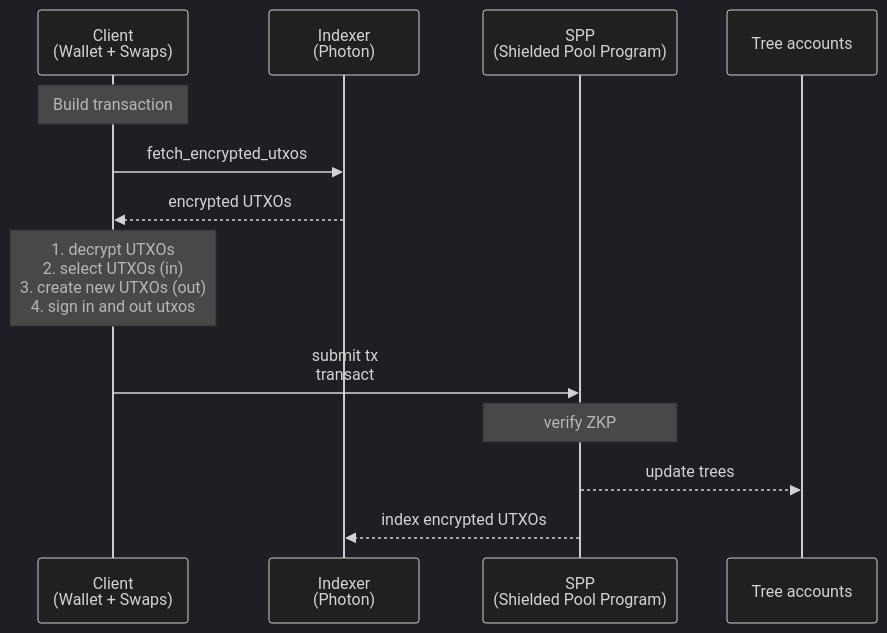
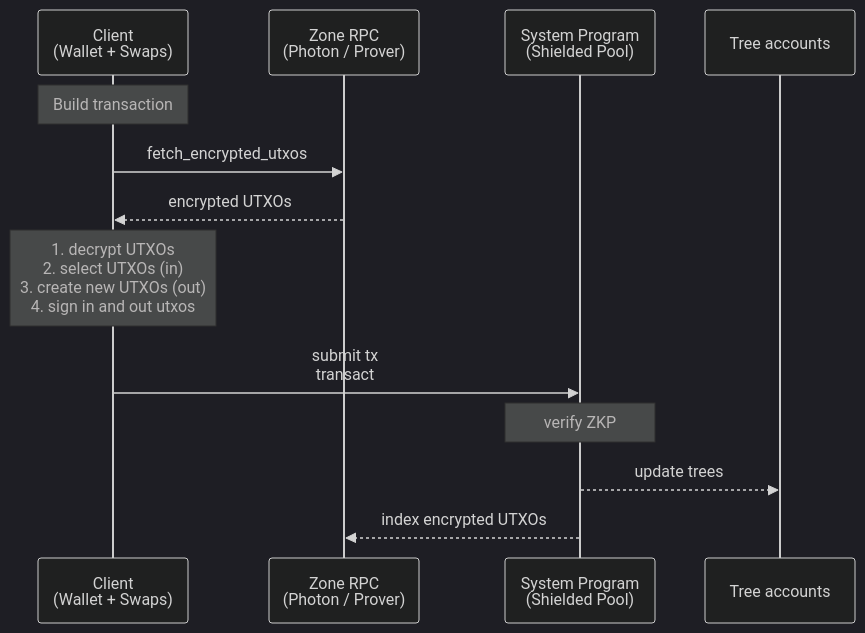
Before and after one commit to helius-labs/zolana: the first of 5 diagrams in docs/spec.md, drawn with Mermaid (dark theme).

Commit message:
revert diagram participant rename

````diff
--- a/docs/spec.md
+++ b/docs/spec.md
@@ -193,17 +193,17 @@
 ```mermaid
 sequenceDiagram
     participant Client as Client<br>(Wallet + Swaps)
-    participant Indexer as Indexer<br>(Photon)
-    participant SPP as SPP<br>(Shielded Pool Program)
+    participant ZoneRPC as Zone RPC<br>(Photon / Prover)
+    participant System as System Program<br>(Shielded Pool)
     participant Trees as Tree accounts
 
     Note over Client: Build transaction
-    Client->>Indexer: fetch_encrypted_utxos
-    Indexer-->>Client: encrypted UTXOs
+    Client->>ZoneRPC: fetch_encrypted_utxos
+    ZoneRPC-->>Client: encrypted UTXOs
     Note over Client: 1. decrypt UTXOs <br> 2. select UTXOs (in) <br> 3. create new UTXOs (out) <br> 4. sign in and out utxos
-    Client->>SPP: submit tx<br>transact
+    Client->>System: submit tx<br>transact
 
-    Note over SPP: verify ZKP
-    SPP-->>Trees: update trees
-    SPP-->>Indexer: index encrypted UTXOs
+    Note over System: verify ZKP
+    System-->>Trees: update trees
+    System-->>ZoneRPC: index encrypted UTXOs
 ```
````
